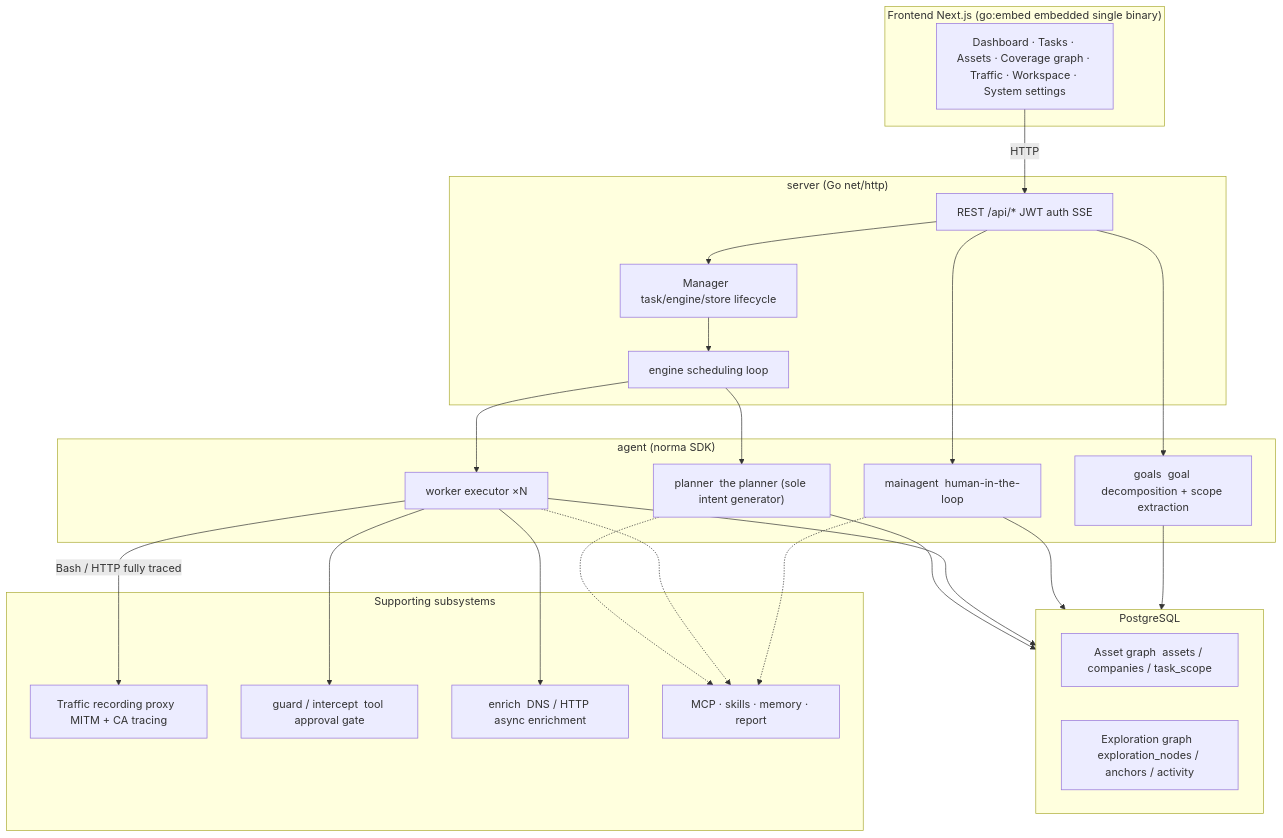
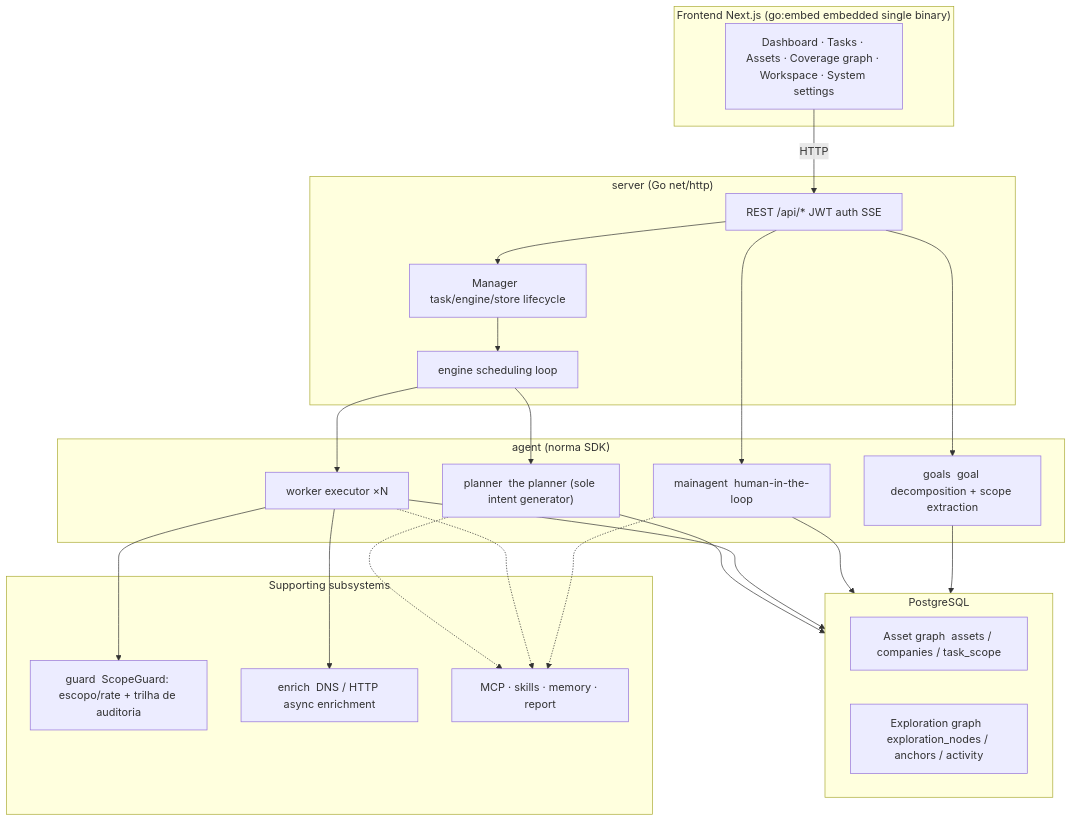
The first of 5 diagrams in README.md (MTheux/it4us-va), drawn with Mermaid before and after one commit. The commit also changed other lines of this file and 7 other files, not shown here.

````diff
--- a/README.md
+++ b/README.md
@@ -307,44 +292,42 @@
 ```mermaid
 flowchart TB
   subgraph FE["Frontend Next.js (go:embed embedded single binary)"]
-    UI["Dashboard · Tasks · Assets · Coverage graph · Traffic · Workspace · System settings"]
+    UI["Dashboard · Tasks · Assets · Coverage graph · Workspace · System settings"]
   end
   subgraph SRV["server (Go net/http)"]
     API["REST /api/*  JWT auth  SSE"]
     ENG["engine scheduling loop"]
     MGR["Manager  task/engine/store lifecycle"]
   end
   subgraph AG["agent (norma SDK)"]
     GO["goals  goal decomposition + scope extraction"]
     PL["planner  the planner (sole intent generator)"]
     WK["worker  executor ×N"]
     MA["mainagent  human-in-the-loop"]
   end
   subgraph DB["PostgreSQL"]
     AGRAPH["Asset graph  assets / companies / task_scope"]
     EGRAPH["Exploration graph  exploration_nodes / anchors / activity"]
   end
   subgraph SUB["Supporting subsystems"]
-    PROXY["Traffic recording proxy  MITM + CA tracing"]
-    GUARD["guard / intercept  tool approval gate"]
+    GUARD["guard  ScopeGuard: escopo/rate + trilha de auditoria"]
     ENR["enrich  DNS / HTTP async enrichment"]
     EXT["MCP · skills · memory · report"]
   end
 
   UI -->|HTTP| API
   API --> MGR --> ENG
   ENG --> PL
   ENG --> WK
   API --> MA
   API --> GO
   PL --> DB
   WK --> DB
   MA --> DB
   GO --> DB
-  WK -->|"Bash / HTTP fully traced"| PROXY
   WK --> GUARD
   WK --> ENR
   PL -.-> EXT
   WK -.-> EXT
   MA -.-> EXT
 ```
````
